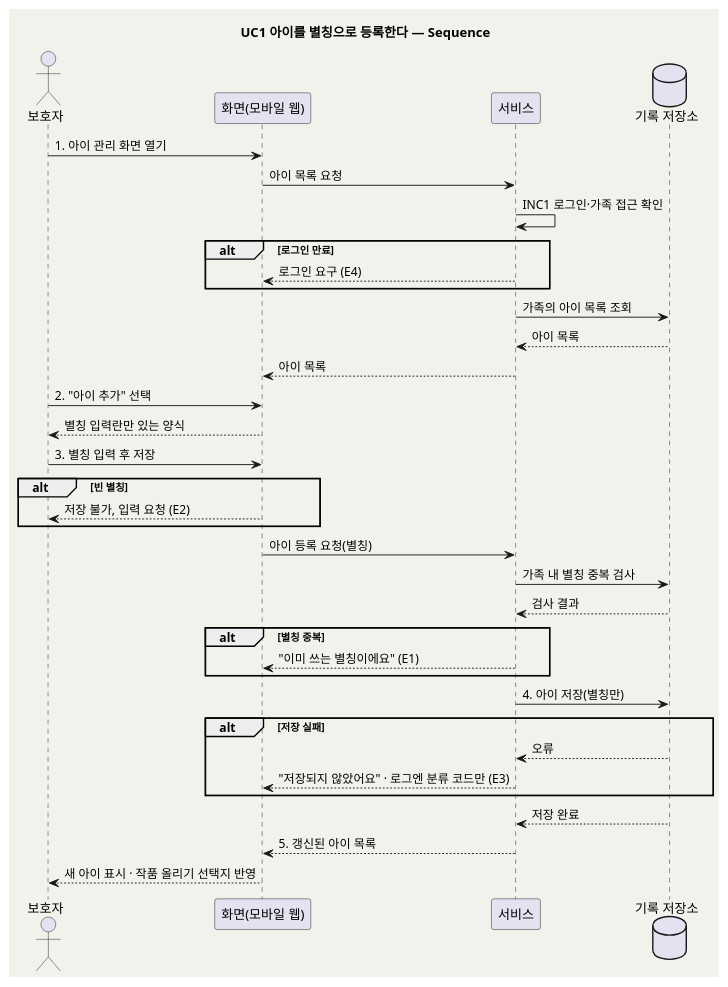
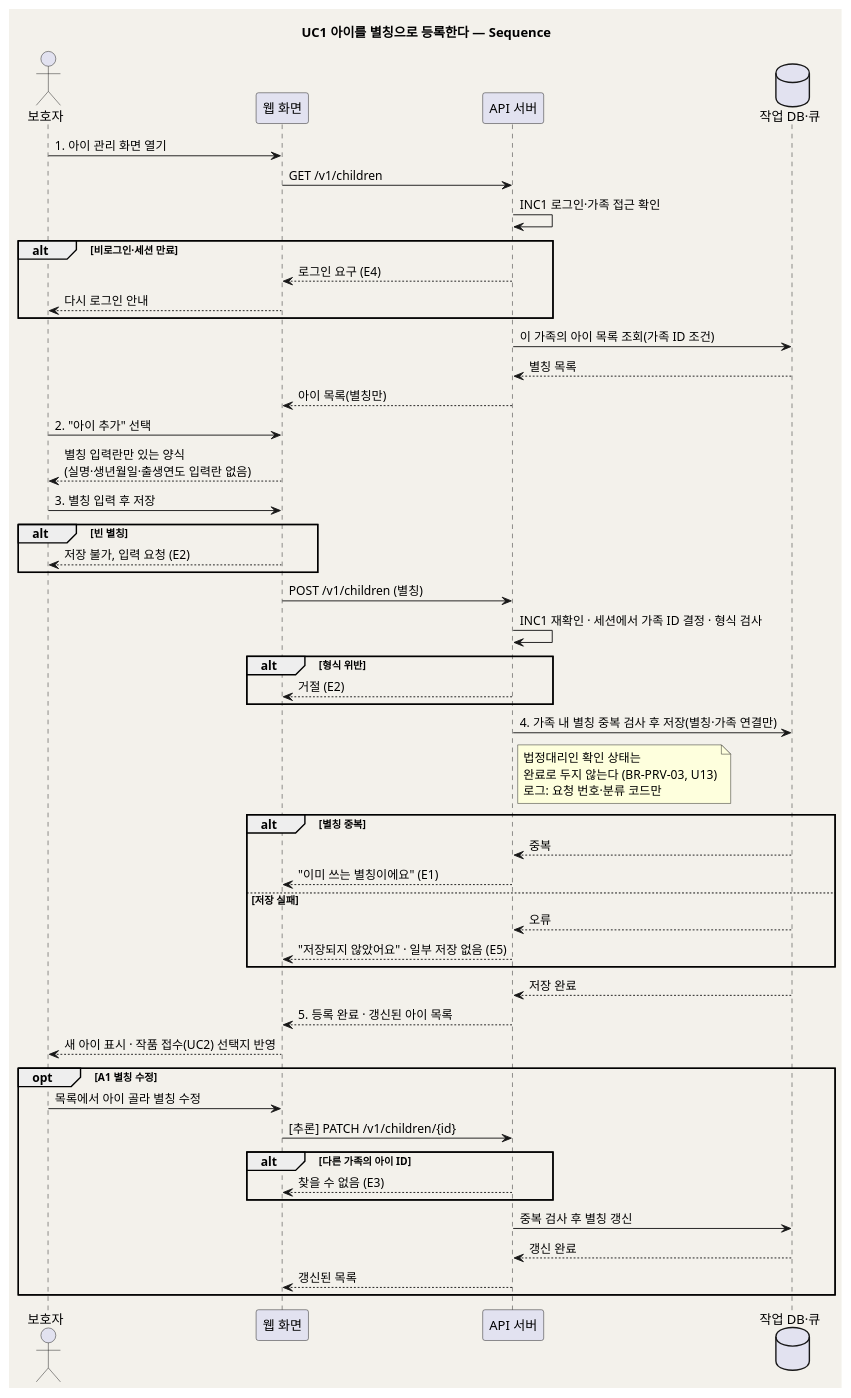
One commit to kids-gallery/uri-gallery changed the second of 2 diagrams in design/UC_01_아이등록.md. Above: the diagram before and after it, drawn with PlantUML. The commit also changed other lines of this file and 23 other files, not shown here.

````diff
--- a/design/UC_01_아이등록.md
+++ b/design/UC_01_아이등록.md
@@ -148,46 +179,65 @@
 ```plantuml
-@startuml seq_family_gallery_01
+@startuml seq_our_child_gallery_01
 skinparam backgroundColor #F3F1EB
 skinparam shadowing false
 title UC1 아이를 별칭으로 등록한다 — Sequence
 
 actor "보호자" as Parent
-participant "화면(모바일 웹)" as UI
-participant "서비스" as SVC
-database "기록 저장소" as DB
+participant "웹 화면" as UI
+participant "API 서버" as API
+database "작업 DB·큐" as DB
 
 Parent -> UI : 1. 아이 관리 화면 열기
-UI -> SVC : 아이 목록 요청
-SVC -> SVC : INC1 로그인·가족 접근 확인
-alt 로그인 만료
-  SVC --> UI : 로그인 요구 (E4)
+UI -> API : GET /v1/children
+API -> API : INC1 로그인·가족 접근 확인
+alt 비로그인·세션 만료
+  API --> UI : 로그인 요구 (E4)
+  UI --> Parent : 다시 로그인 안내
 end
-SVC -> DB : 가족의 아이 목록 조회
-DB --> SVC : 아이 목록
-SVC --> UI : 아이 목록
+API -> DB : 이 가족의 아이 목록 조회(가족 ID 조건)
+DB --> API : 별칭 목록
+API --> UI : 아이 목록(별칭만)
 
 Parent -> UI : 2. "아이 추가" 선택
-UI --> Parent : 별칭 입력란만 있는 양식
+UI --> Parent : 별칭 입력란만 있는 양식\n(실명·생년월일·출생연도 입력란 없음)
 
 Parent -> UI : 3. 별칭 입력 후 저장
 alt 빈 별칭
   UI --> Parent : 저장 불가, 입력 요청 (E2)
 end
-UI -> SVC : 아이 등록 요청(별칭)
-SVC -> DB : 가족 내 별칭 중복 검사
-DB --> SVC : 검사 결과
-alt 별칭 중복
-  SVC --> UI : "이미 쓰는 별칭이에요" (E1)
+UI -> API : POST /v1/children (별칭)
+API -> API : INC1 재확인 · 세션에서 가족 ID 결정 · 형식 검사
+alt 형식 위반
+  API --> UI : 거절 (E2)
 end
 
-SVC -> DB : 4. 아이 저장(별칭만)
-alt 저장 실패
-  DB --> SVC : 오류
-  SVC --> UI : "저장되지 않았어요" · 로그엔 분류 코드만 (E3)
+API -> DB : 4. 가족 내 별칭 중복 검사 후 저장(별칭·가족 연결만)
+note right of API
+  법정대리인 확인 상태는
+  완료로 두지 않는다 (BR-PRV-03, U13)
+  로그: 요청 번호·분류 코드만
+end note
+alt 별칭 중복
+  DB --> API : 중복
+  API --> UI : "이미 쓰는 별칭이에요" (E1)
+else 저장 실패
+  DB --> API : 오류
+  API --> UI : "저장되지 않았어요" · 일부 저장 없음 (E5)
 end
-DB --> SVC : 저장 완료
+DB --> API : 저장 완료
 
-SVC --> UI : 5. 갱신된 아이 목록
-UI --> Parent : 새 아이 표시 · 작품 올리기 선택지 반영
+API --> UI : 5. 등록 완료 · 갱신된 아이 목록
+UI --> Parent : 새 아이 표시 · 작품 접수(UC2) 선택지 반영
+
+opt A1 별칭 수정
+  Parent -> UI : 목록에서 아이 골라 별칭 수정
+  UI -> API : [추론] PATCH /v1/children/{id}
+  alt 다른 가족의 아이 ID
+    API --> UI : 찾을 수 없음 (E3)
+  end
+  API -> DB : 중복 검사 후 별칭 갱신
+  DB --> API : 갱신 완료
+  API --> UI : 갱신된 목록
+end
 @enduml
 ```
````
